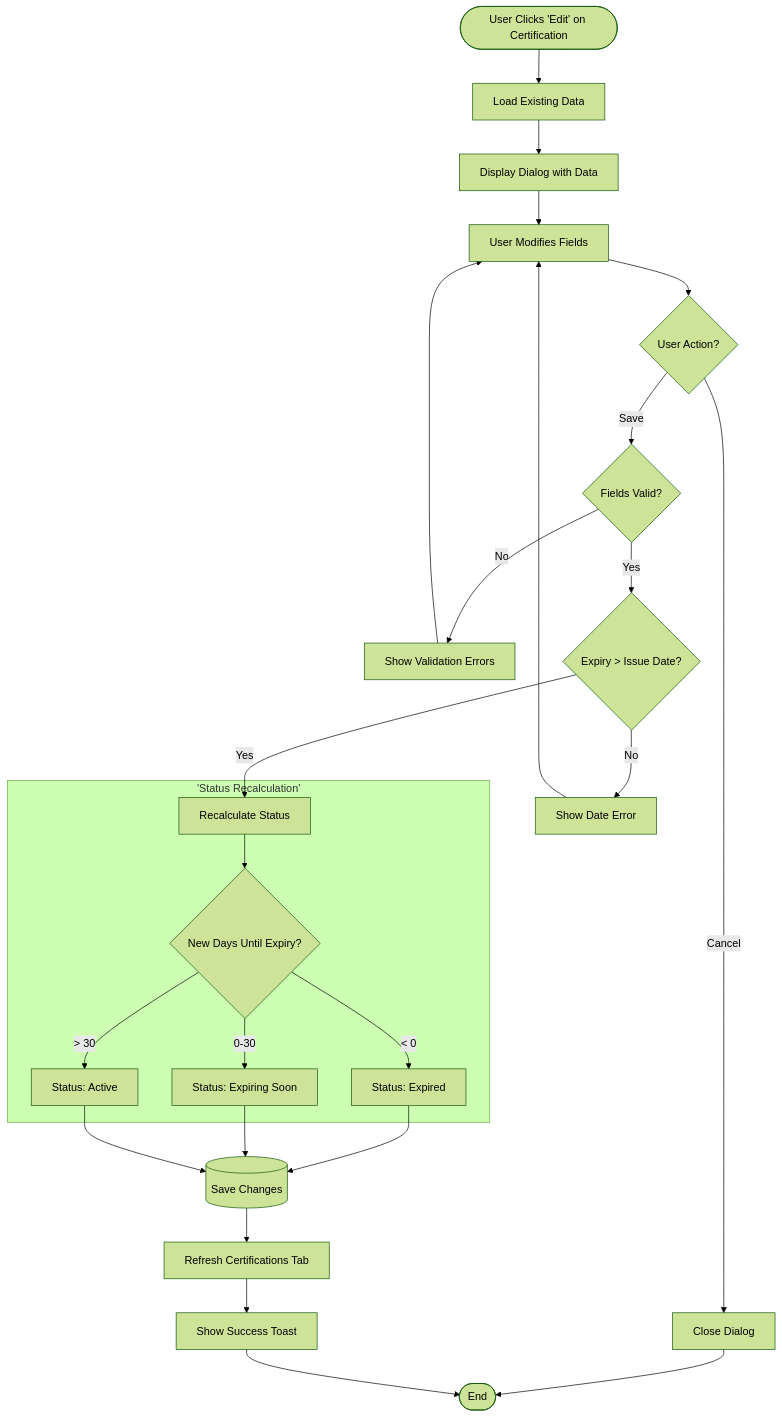
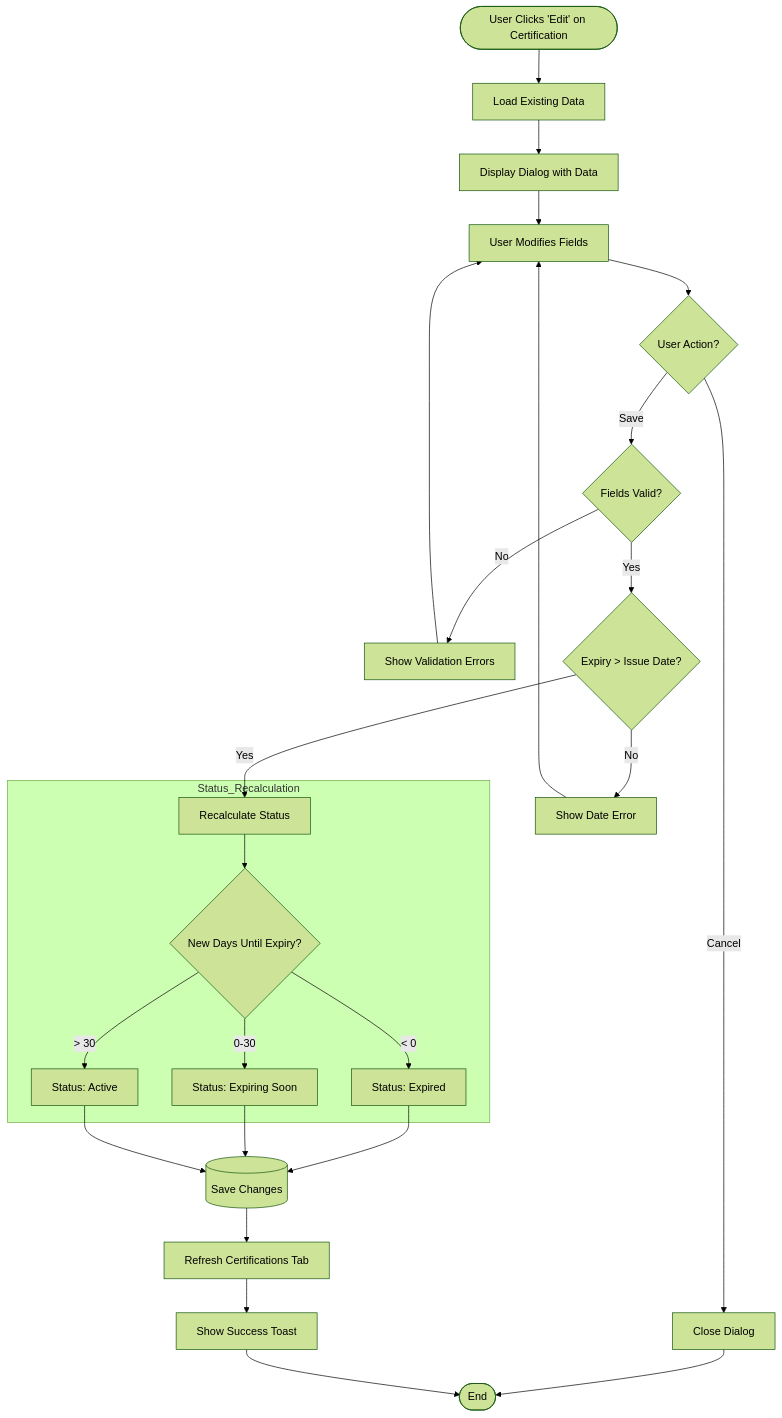
One commit to PeakMNA/carmen changed diagram 17 of 24 in docs/app/vendor-management/vendor-directory/FD-vendor-directory.md. Above: the diagram before and after it, drawn with Mermaid (forest theme). The commit also changed other lines of this file and 473 other files, not shown here.

````diff
--- a/docs/app/vendor-management/vendor-directory/FD-vendor-directory.md
+++ b/docs/app/vendor-management/vendor-directory/FD-vendor-directory.md
@@ -844,35 +835,35 @@
 ```mermaid
 flowchart TD
     Start([User Clicks 'Edit' on Certification]) --> LoadData[Load Existing Data]
     LoadData --> ShowDialog[Display Dialog with Data]
     ShowDialog --> UserEdits[User Modifies Fields]
 
     UserEdits --> SaveAction{User Action?}
     SaveAction -->|Cancel| CloseDialog[Close Dialog]
     CloseDialog --> End([End])
 
     SaveAction -->|Save| ValidateFields{Fields Valid?}
     ValidateFields -->|No| ShowErrors[Show Validation Errors]
     ShowErrors --> UserEdits
 
     ValidateFields -->|Yes| ValidateDates{Expiry > Issue Date?}
     ValidateDates -->|No| DateError[Show Date Error]
     DateError --> UserEdits
 
     ValidateDates -->|Yes| RecalcStatus[Recalculate Status]
 
-    subgraph 'Status Recalculation'
+    subgraph Status_Recalculation
         RecalcStatus --> CheckNewExpiry{New Days Until Expiry?}
         CheckNewExpiry -->|< 0| UpdateExpired[Status: Expired]
         CheckNewExpiry -->|0-30| UpdateExpiringSoon[Status: Expiring Soon]
         CheckNewExpiry -->|> 30| UpdateActive[Status: Active]
     end
 
     UpdateExpired --> SaveChanges
     UpdateExpiringSoon --> SaveChanges
     UpdateActive --> SaveChanges[(Save Changes)]
 
     SaveChanges --> RefreshUI[Refresh Certifications Tab]
     RefreshUI --> ShowSuccess[Show Success Toast]
     ShowSuccess --> End
 ```
````
